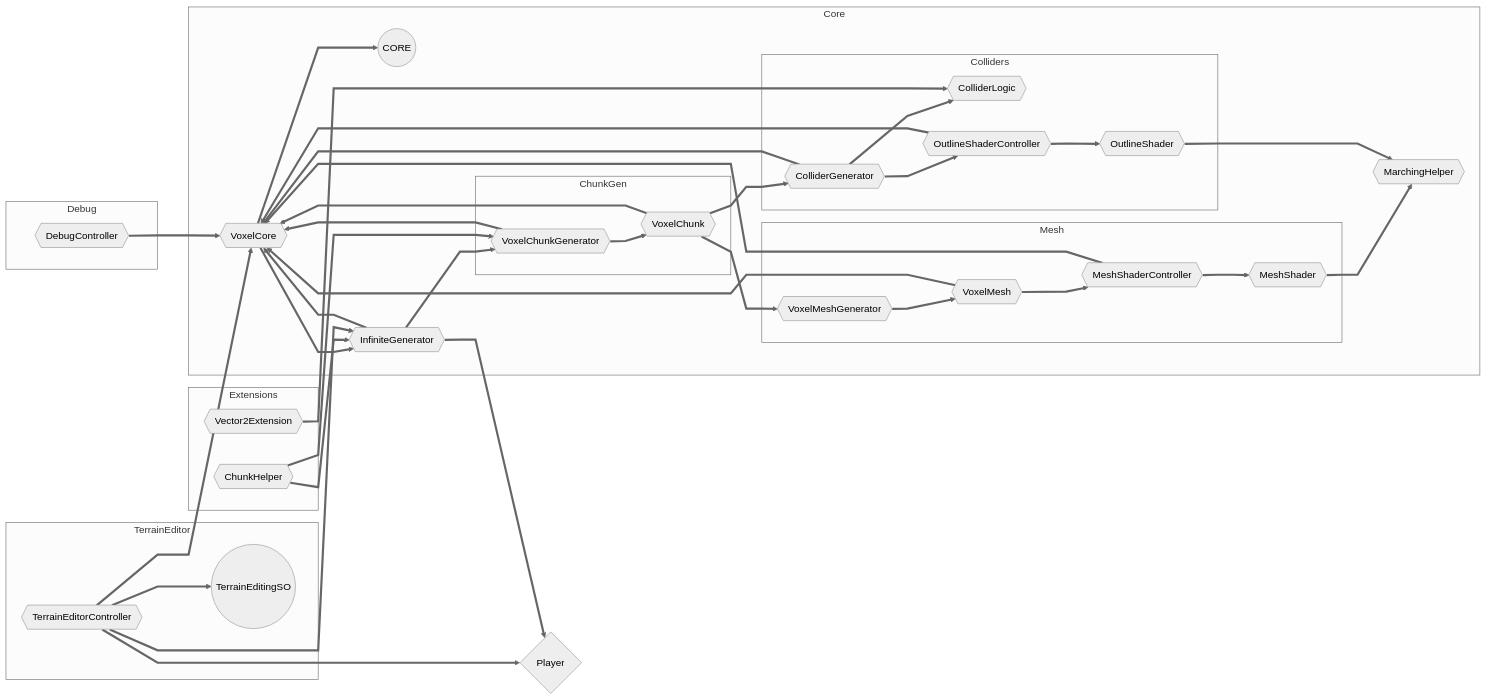
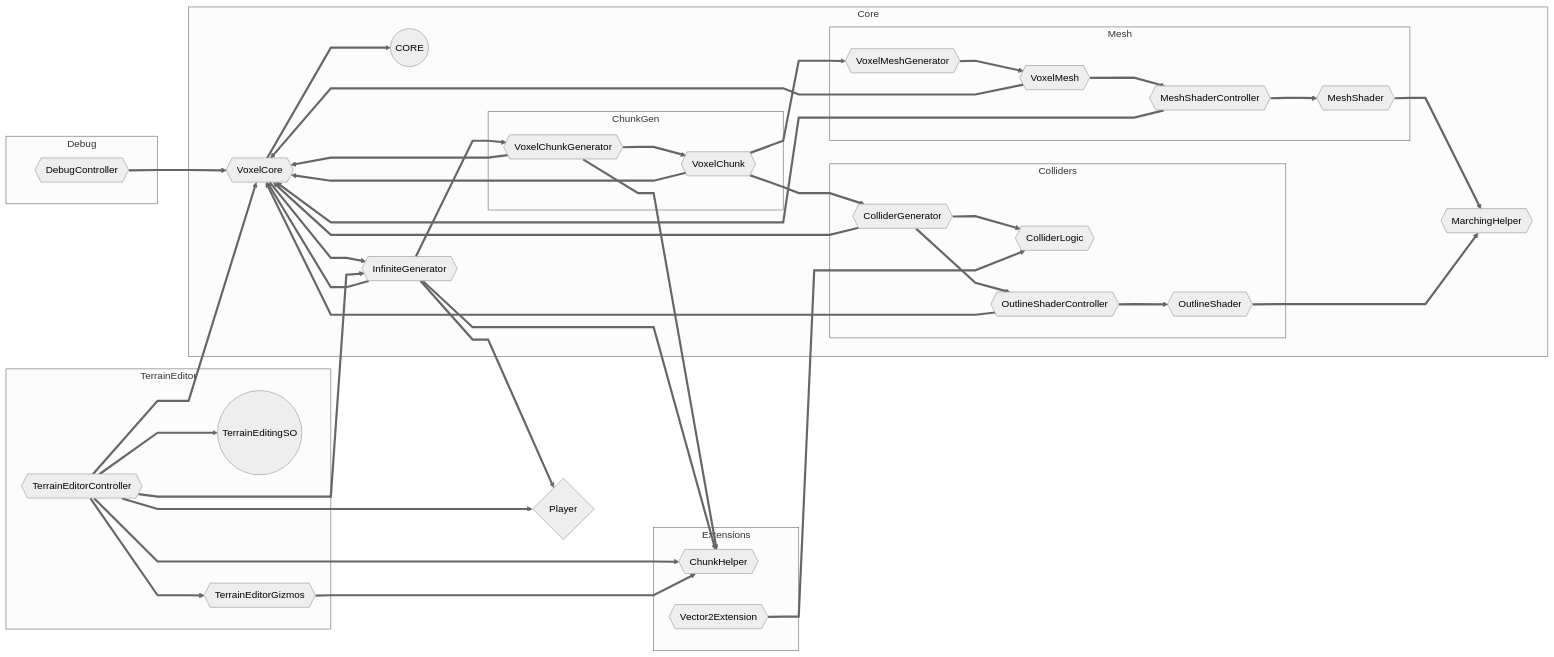
One commit to joesobo/Marching-Squares-2.0 changed the diagram in Assets/Graphs/CORE.md. Above: the diagram before and after it, drawn with Mermaid (neutral theme). The commit also changed 4 other files, not shown here.

Commit message:
refactor out terrain editor stuff

````diff
--- a/Assets/Graphs/CORE.md
+++ b/Assets/Graphs/CORE.md
@@ -46,6 +46,7 @@
   subgraph TerrainEditor
     TerrainEditingSO((TerrainEditingSO));
     TerrainEditorController{{TerrainEditorController}};
+    TerrainEditorGizmos{{TerrainEditorGizmos}};
   end
 
   Player{Player};
@@ -57,9 +58,11 @@
   InfiniteGenerator ==> VoxelCore;
   InfiniteGenerator ==> VoxelChunkGenerator;
   InfiniteGenerator ==> Player;
+  InfiniteGenerator ==> ChunkHelper;
 
   VoxelChunkGenerator ==> VoxelCore;
   VoxelChunkGenerator ==> VoxelChunk;
+  VoxelChunkGenerator ==> ChunkHelper;
 
   VoxelChunk ==> VoxelCore;
   VoxelChunk ==> ColliderGenerator;
@@ -83,9 +86,6 @@
   MeshShader ==> MarchingHelper;
   OutlineShader ==> MarchingHelper;
 
-  ChunkHelper ==> InfiniteGenerator;
-  ChunkHelper ==> VoxelChunkGenerator;
-
   Vector2Extension ==> ColliderLogic;
 
   DebugController ==> VoxelCore;
@@ -94,4 +94,8 @@
   TerrainEditorController ==> TerrainEditingSO;
   TerrainEditorController ==> InfiniteGenerator;
   TerrainEditorController ==> Player;
+  TerrainEditorController ==> TerrainEditorGizmos;
+  TerrainEditorController ==> ChunkHelper;
+
+  TerrainEditorGizmos ==> ChunkHelper;
 ```
````
